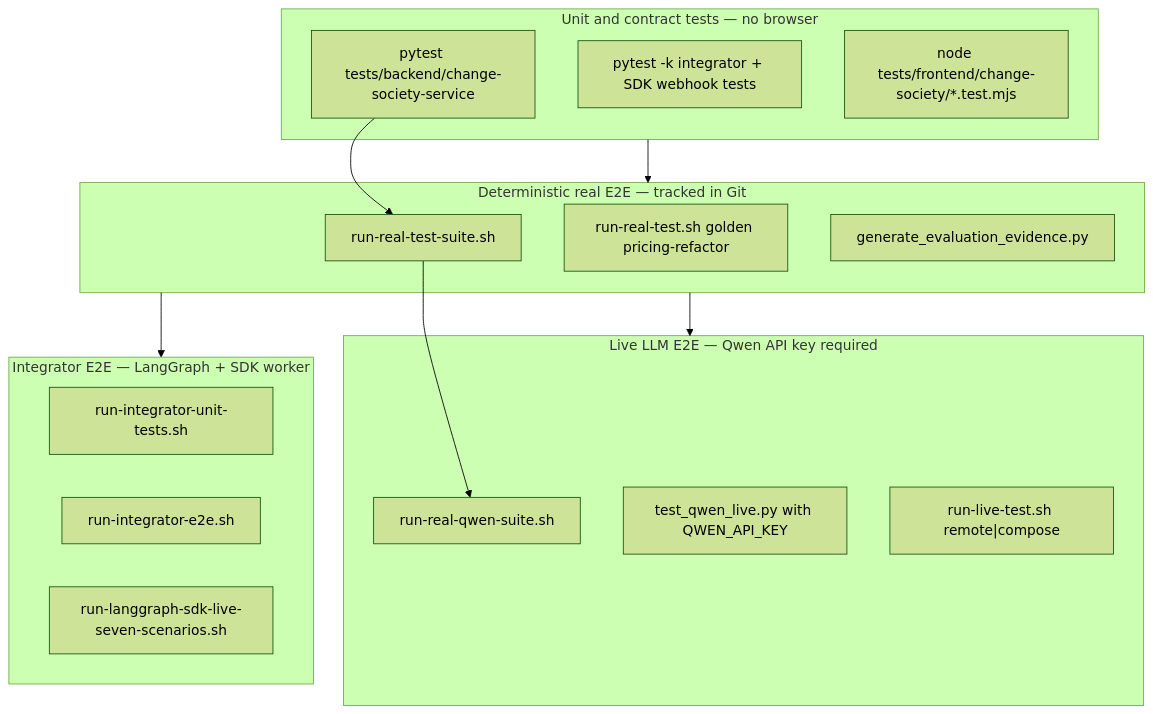
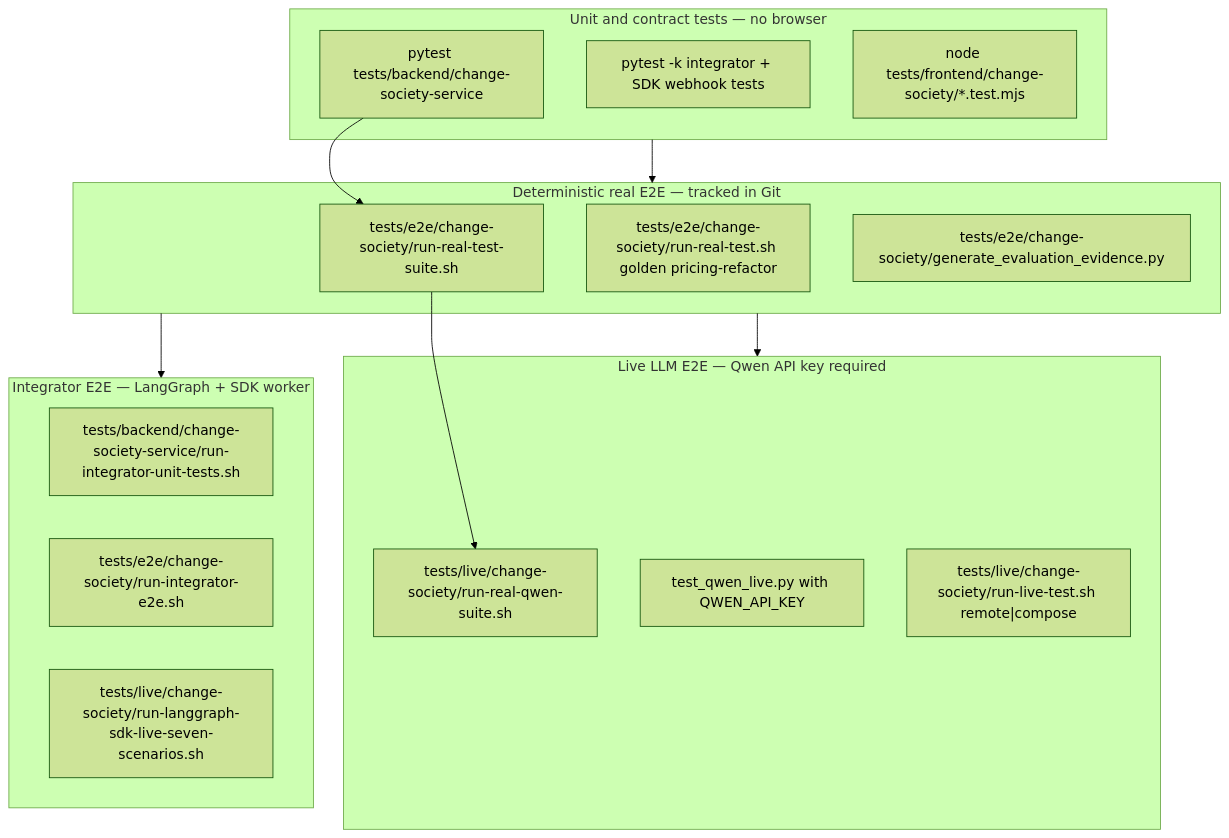
Before and after one commit to Sepideh-Asadollahi/AgentCore-Hackathon: the first of 7 diagrams in docs/27-judge-live-and-real-test-evidence.md, drawn with Mermaid (forest theme). The commit also changed other lines of this file and 60 other files, not shown here.

````diff
--- a/docs/27-judge-live-and-real-test-evidence.md
+++ b/docs/27-judge-live-and-real-test-evidence.md
@@ -11,32 +11,32 @@
 ```mermaid
 flowchart TB
   subgraph unit [Unit and contract tests — no browser]
     PY["pytest tests/backend/change-society-service"]
     INT["pytest -k integrator + SDK webhook tests"]
     FE["node tests/frontend/change-society/*.test.mjs"]
   end
 
   subgraph det [Deterministic real E2E — tracked in Git]
-    RTS["run-real-test-suite.sh"]
-    RT["run-real-test.sh golden pricing-refactor"]
-    EVAL["generate_evaluation_evidence.py"]
+    RTS["tests/e2e/change-society/run-real-test-suite.sh"]
+    RT["tests/e2e/change-society/run-real-test.sh golden pricing-refactor"]
+    EVAL["tests/e2e/change-society/generate_evaluation_evidence.py"]
   end
 
   subgraph live [Live LLM E2E — Qwen API key required]
-    RQS["run-real-qwen-suite.sh"]
+    RQS["tests/live/change-society/run-real-qwen-suite.sh"]
     QL["test_qwen_live.py with QWEN_API_KEY"]
-    RLT["run-live-test.sh remote|compose"]
+    RLT["tests/live/change-society/run-live-test.sh remote|compose"]
   end
 
   subgraph integ [Integrator E2E — LangGraph + SDK worker]
-    IEU["run-integrator-unit-tests.sh"]
-    IEE["run-integrator-e2e.sh"]
-    LG7["run-langgraph-sdk-live-seven-scenarios.sh"]
+    IEU["tests/backend/change-society-service/run-integrator-unit-tests.sh"]
+    IEE["tests/e2e/change-society/run-integrator-e2e.sh"]
+    LG7["tests/live/change-society/run-langgraph-sdk-live-seven-scenarios.sh"]
   end
 
   unit --> det
   det --> live
   det --> integ
   PY --> RTS
   RTS --> RQS
 ```
````
